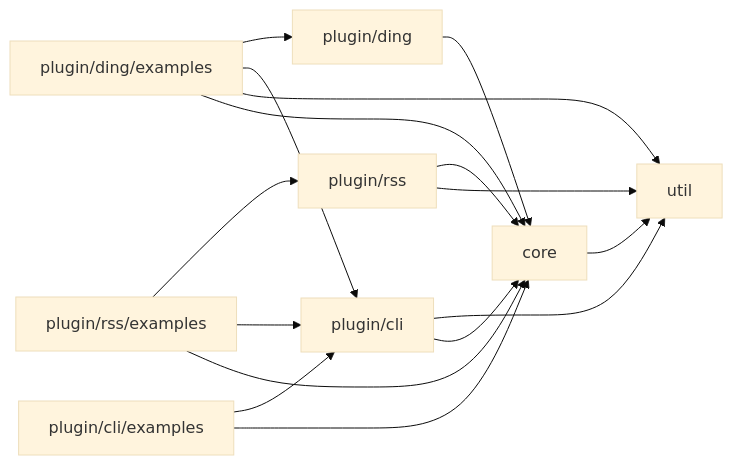
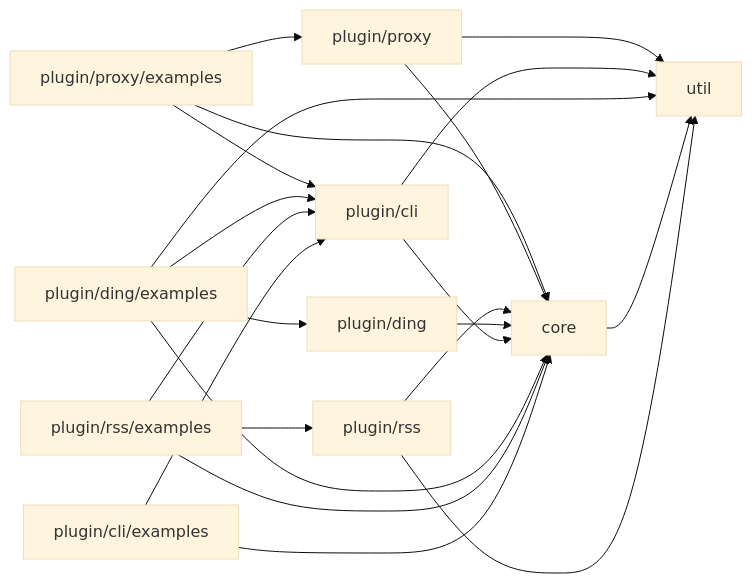
Before and after one commit to YDX-2147483647/bulletin-issues-transferred: the first of 4 diagrams in documentation.md, drawn with Mermaid (base theme). The commit also changed other lines of this file and 15 other files, not shown here.

Commit message:
[plugin] proxy

````diff
--- a/documentation.md
+++ b/documentation.md
@@ -43,18 +43,23 @@
 ```mermaid
 flowchart LR
+  plugin/proxy/examples --> plugin/cli
+  plugin/proxy/examples --> core
+  plugin/proxy/examples --> plugin/proxy
+  plugin/proxy --> core
+  plugin/proxy --> util
   plugin/ding/examples --> plugin/ding
   plugin/rss/examples --> plugin/rss
   plugin/rss --> core
   plugin/cli --> util
   plugin/ding/examples --> plugin/cli
   plugin/ding --> core
   plugin/rss/examples --> plugin/cli
   plugin/cli --> core
   plugin/ding/examples --> util
   core --> util
   plugin/ding/examples --> core
   plugin/rss/examples --> core
   plugin/cli/examples --> plugin/cli
   plugin/rss --> util
   plugin/cli/examples --> core
 ```
````
